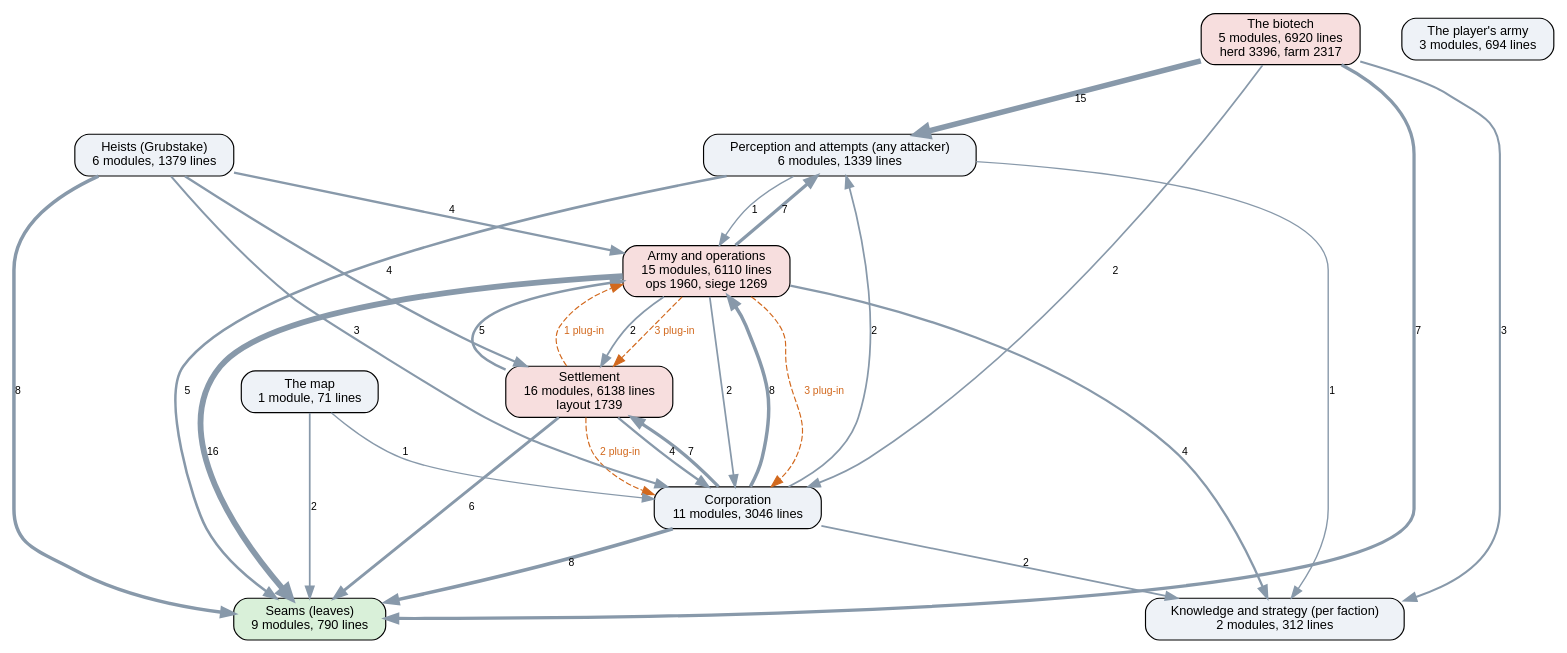
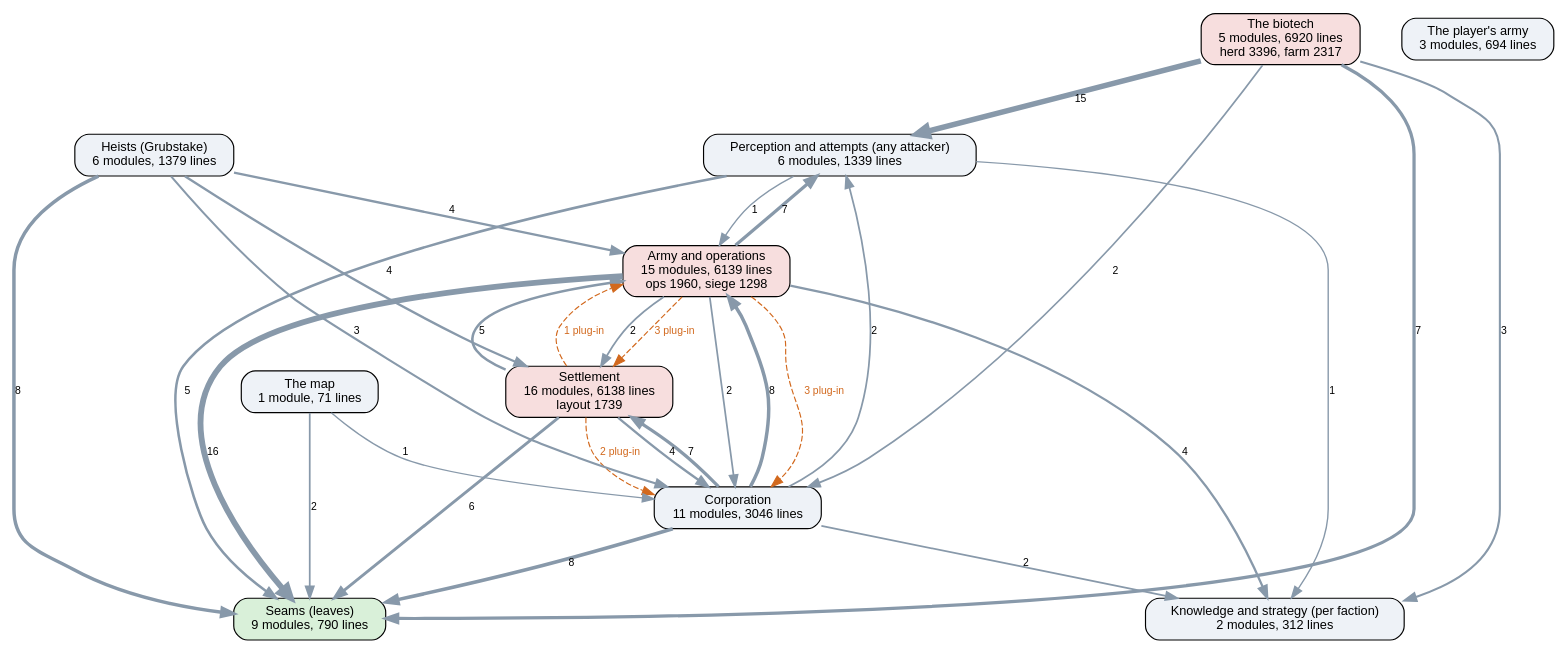
One commit to kinelhu/landing-party changed the diagram in docs/ai-layers.dot. Above: the diagram before and after it, drawn with Graphviz. The commit also changed 10 other files, not shown here.

```diff
--- a/docs/ai-layers.dot
+++ b/docs/ai-layers.dot
@@ -1,45 +1,45 @@
 digraph layers {
   graph [rankdir=TB, fontname="Helvetica", nodesep=0.5, ranksep=0.7];
   node [shape=box, style="rounded,filled", fontname="Helvetica", fontsize=11, fillcolor="#eef2f7"];
   edge [color="#8899aa", fontname="Helvetica", fontsize=9];
   "Seams (leaves)" [label="Seams (leaves)\n9 modules, 790 lines", fillcolor="#d9f0d9"];
   "Perception and attempts (any attacker)" [label="Perception and attempts (any attacker)\n6 modules, 1339 lines", fillcolor="#eef2f7"];
   "Knowledge and strategy (per faction)" [label="Knowledge and strategy (per faction)\n2 modules, 312 lines", fillcolor="#eef2f7"];
   "Corporation" [label="Corporation\n11 modules, 3046 lines", fillcolor="#eef2f7"];
   "Settlement" [label="Settlement\n16 modules, 6138 lines\nlayout 1739", fillcolor="#f7dede"];
-  "Army and operations" [label="Army and operations\n15 modules, 6110 lines\nops 1960, siege 1269", fillcolor="#f7dede"];
+  "Army and operations" [label="Army and operations\n15 modules, 6139 lines\nops 1960, siege 1298", fillcolor="#f7dede"];
   "Heists (Grubstake)" [label="Heists (Grubstake)\n6 modules, 1379 lines", fillcolor="#eef2f7"];
   "The biotech" [label="The biotech\n5 modules, 6920 lines\nherd 3396, farm 2317", fillcolor="#f7dede"];
   "The map" [label="The map\n1 module, 71 lines", fillcolor="#eef2f7"];
   "The player's army" [label="The player's army\n3 modules, 694 lines", fillcolor="#eef2f7"];
   "Army and operations" -> "Corporation" [label="2", penwidth=1.5];
   "Army and operations" -> "Knowledge and strategy (per faction)" [label="4", penwidth=2.0];
   "Army and operations" -> "Perception and attempts (any attacker)" [label="7", penwidth=2.8];
   "Army and operations" -> "Seams (leaves)" [label="16", penwidth=5.0];
   "Army and operations" -> "Settlement" [label="2", penwidth=1.5];
   "Corporation" -> "Army and operations" [label="8", penwidth=3.0];
   "Corporation" -> "Knowledge and strategy (per faction)" [label="2", penwidth=1.5];
   "Corporation" -> "Perception and attempts (any attacker)" [label="2", penwidth=1.5];
   "Corporation" -> "Seams (leaves)" [label="8", penwidth=3.0];
   "Corporation" -> "Settlement" [label="7", penwidth=2.8];
   "Heists (Grubstake)" -> "Army and operations" [label="4", penwidth=2.0];
   "Heists (Grubstake)" -> "Corporation" [label="3", penwidth=1.8];
   "Heists (Grubstake)" -> "Seams (leaves)" [label="8", penwidth=3.0];
   "Heists (Grubstake)" -> "Settlement" [label="4", penwidth=2.0];
   "Perception and attempts (any attacker)" -> "Army and operations" [label="1", penwidth=1.2];
   "Perception and attempts (any attacker)" -> "Knowledge and strategy (per faction)" [label="1", penwidth=1.2];
   "Perception and attempts (any attacker)" -> "Seams (leaves)" [label="5", penwidth=2.2];
   "Settlement" -> "Army and operations" [label="5", penwidth=2.2];
   "Settlement" -> "Corporation" [label="4", penwidth=2.0];
   "Settlement" -> "Seams (leaves)" [label="6", penwidth=2.5];
   "The biotech" -> "Corporation" [label="2", penwidth=1.5];
   "The biotech" -> "Knowledge and strategy (per faction)" [label="3", penwidth=1.8];
   "The biotech" -> "Perception and attempts (any attacker)" [label="15", penwidth=4.8];
   "The biotech" -> "Seams (leaves)" [label="7", penwidth=2.8];
   "The map" -> "Corporation" [label="1", penwidth=1.2];
   "The map" -> "Seams (leaves)" [label="2", penwidth=1.5];
   "Army and operations" -> "Corporation" [style=dashed, color="#d2691e", fontcolor="#d2691e", label="3 plug-in"];
   "Army and operations" -> "Settlement" [style=dashed, color="#d2691e", fontcolor="#d2691e", label="3 plug-in"];
   "Settlement" -> "Army and operations" [style=dashed, color="#d2691e", fontcolor="#d2691e", label="1 plug-in"];
   "Settlement" -> "Corporation" [style=dashed, color="#d2691e", fontcolor="#d2691e", label="2 plug-in"];
 }
```
